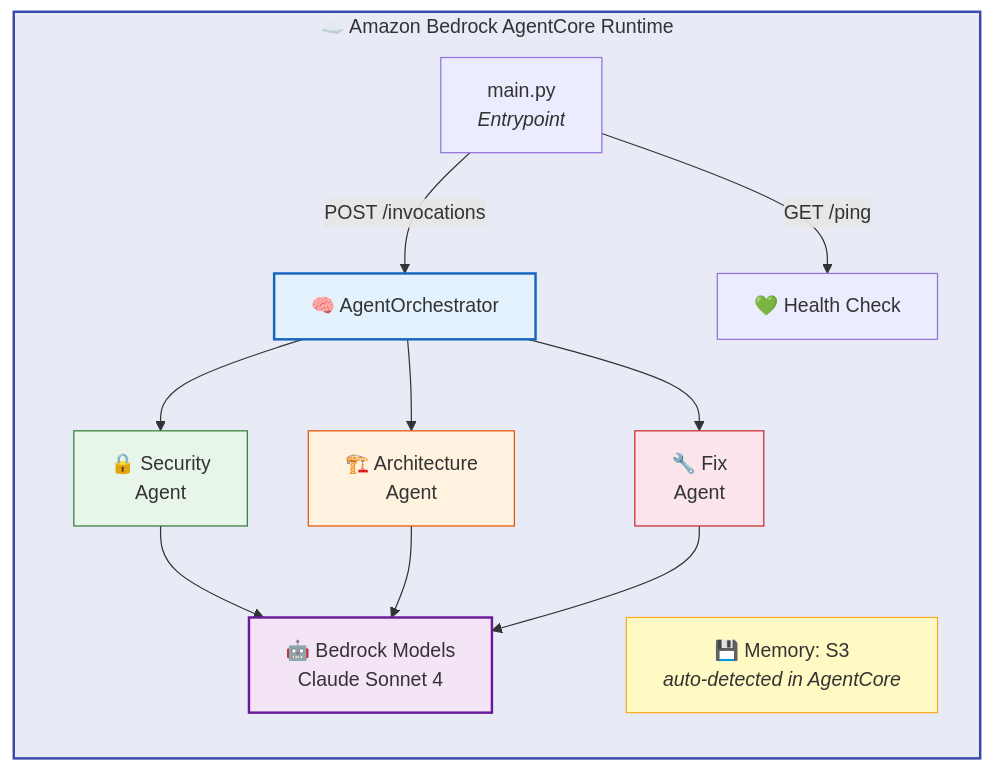
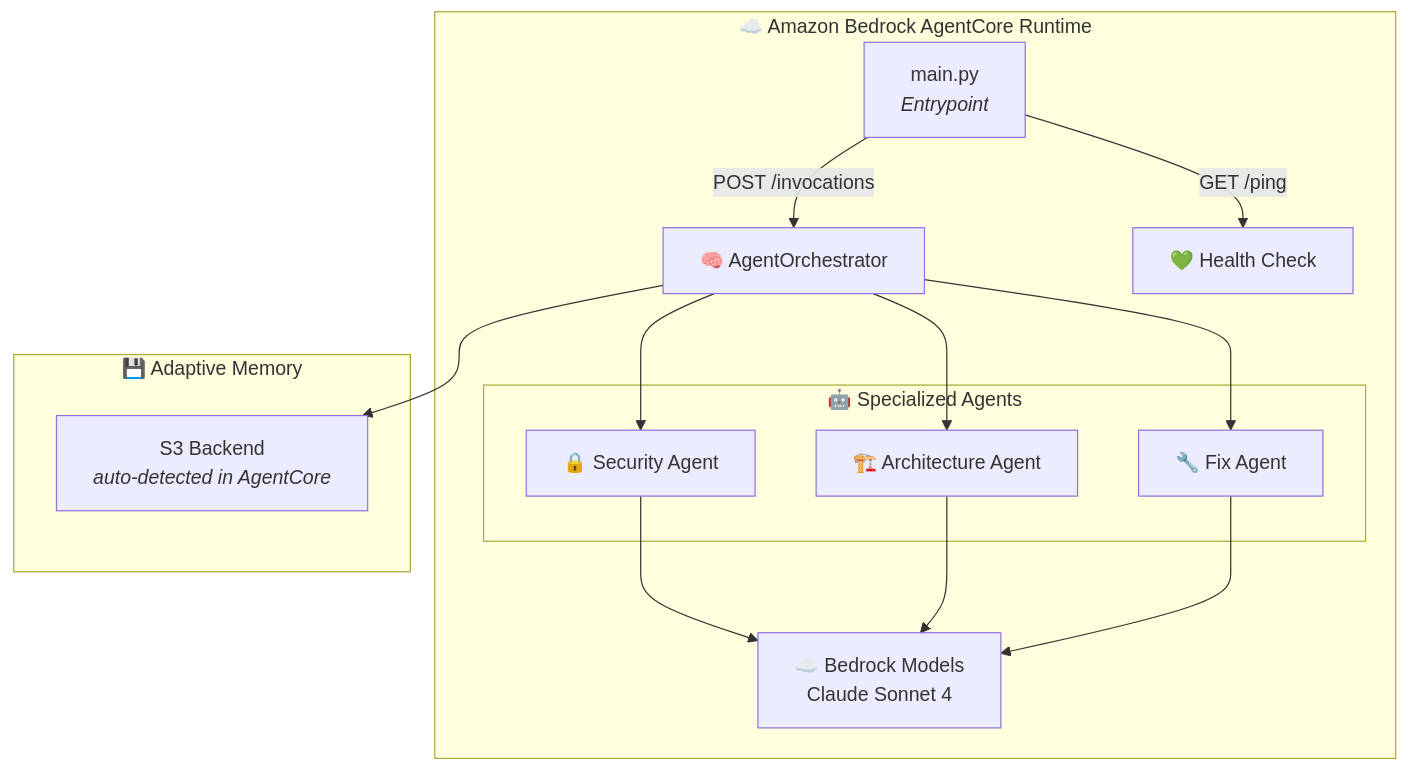
Before and after one commit to thothforge/thothctl: the diagram in docs/framework/commands/ai-review/agentcore.md, drawn with Mermaid. The commit also changed 1 other file, not shown here.

Commit message:
fix(docs): align mermaid diagram style with ai-review README conventions

````diff
--- a/docs/framework/commands/ai-review/agentcore.md
+++ b/docs/framework/commands/ai-review/agentcore.md
@@ -7,27 +7,28 @@
 ```mermaid
 graph TB
     subgraph AgentCore["☁️ Amazon Bedrock AgentCore Runtime"]
-        direction TB
         EP["main.py<br/><i>Entrypoint</i>"]
         EP -->|"POST /invocations"| ORCH["🧠 AgentOrchestrator"]
         EP -->|"GET /ping"| HC["💚 Health Check"]
 
-        ORCH --> SEC["🔒 Security<br/>Agent"]
-        ORCH --> ARCH["🏗️ Architecture<br/>Agent"]
-        ORCH --> FIX["🔧 Fix<br/>Agent"]
+        subgraph Agents["🤖 Specialized Agents"]
+            SEC["🔒 Security Agent"]
+            ARCH["🏗️ Architecture Agent"]
+            FIX["🔧 Fix Agent"]
+        end
 
-        SEC --> MODEL["🤖 Bedrock Models<br/>Claude Sonnet 4"]
+        ORCH --> SEC
+        ORCH --> ARCH
+        ORCH --> FIX
+
+        SEC --> MODEL["☁️ Bedrock Models<br/>Claude Sonnet 4"]
         ARCH --> MODEL
         FIX --> MODEL
-
-        MEM["💾 Memory: S3<br/><i>auto-detected in AgentCore</i>"]
     end
 
-    style AgentCore fill:#e8eaf6,stroke:#3949ab,stroke-width:2px
-    style ORCH fill:#e3f2fd,stroke:#1565c0,stroke-width:2px
-    style SEC fill:#e8f5e9,stroke:#2e7d32
-    style ARCH fill:#fff3e0,stroke:#e65100
-    style FIX fill:#fce4ec,stroke:#c62828
-    style MODEL fill:#f3e5f5,stroke:#6a1b9a,stroke-width:2px
-    style MEM fill:#fff9c4,stroke:#f9a825
+    subgraph Memory["💾 Adaptive Memory"]
+        S3["S3 Backend<br/><i>auto-detected in AgentCore</i>"]
+    end
+
+    ORCH --> S3
 ```
````
